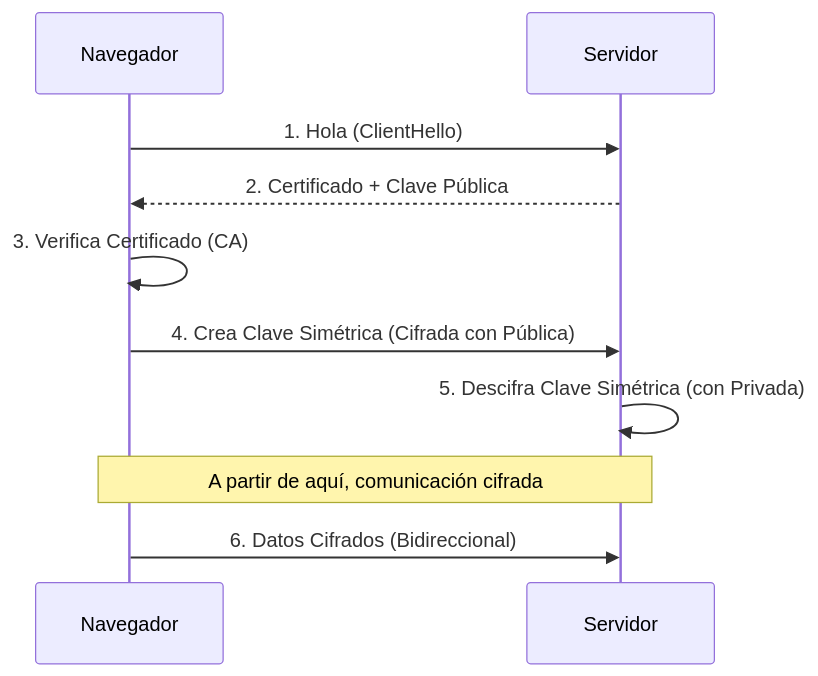
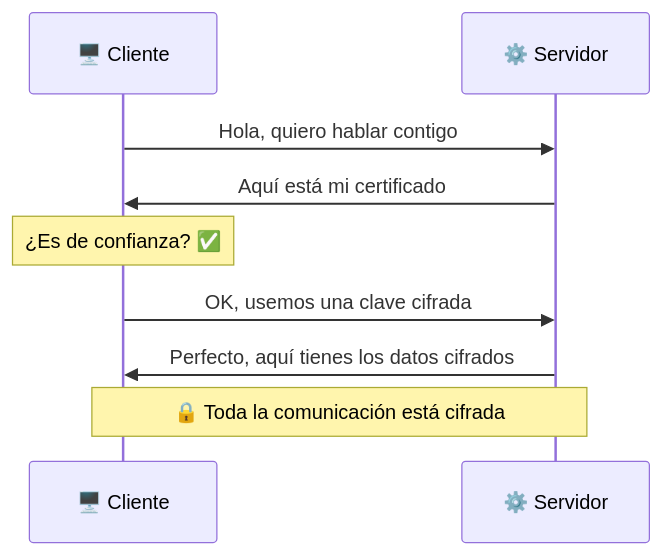
One commit to joseluisgs/DesarrolloWebEntornosServidor-01-2026-2027 changed the third of 3 diagrams in 04-protocolo-http.md. Above: the diagram before and after it, drawn with Mermaid. The commit also changed other lines of this file and 8 other files, not shown here.

````diff
--- a/04-protocolo-http.md
+++ b/04-protocolo-http.md
@@ -117,12 +237,12 @@
 ```mermaid
 sequenceDiagram
-    participant A as Navegador
-    participant B as Servidor
-    A->>B: 1. Hola (ClientHello)
-    B-->>A: 2. Certificado + Clave Pública
-    A->>A: 3. Verifica Certificado (CA)
-    A->>B: 4. Crea Clave Simétrica (Cifrada con Pública)
-    B->>B: 5. Descifra Clave Simétrica (con Privada)
-    Note over A,B: A partir de aquí, comunicación cifrada
-    A->>B: 6. Datos Cifrados (Bidireccional)
+    participant C as 🖥️ Cliente
+    participant S as ⚙️ Servidor
+
+    C->>S: Hola, quiero hablar contigo
+    S->>C: Aquí está mi certificado
+    Note over C: ¿Es de confianza? ✅
+    C->>S: OK, usemos una clave cifrada
+    S->>C: Perfecto, aquí tienes los datos cifrados
+    Note over C,S: 🔒 Toda la comunicación está cifrada
 ```
````
